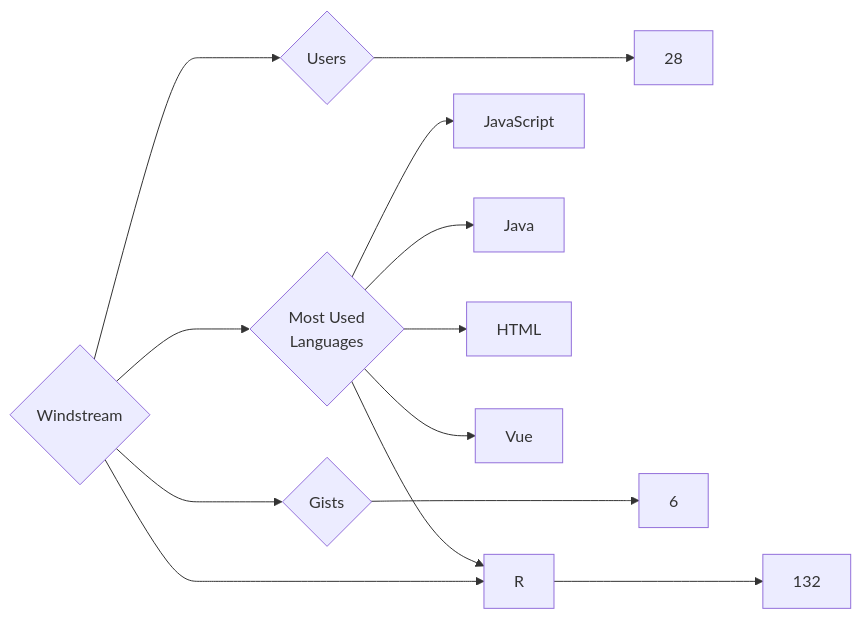
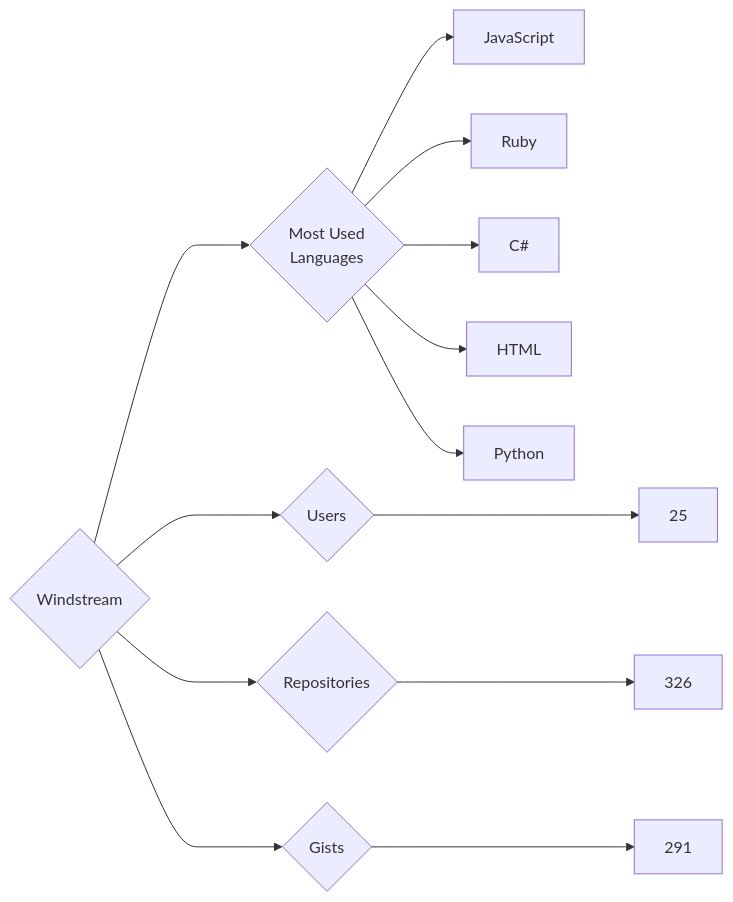
One commit to trickest/insiders changed the diagram in targets/Windstream/README.md. Above: the diagram before and after it, drawn with Mermaid. The commit also changed 903 other files, not shown here.

````diff
--- a/targets/Windstream/README.md
+++ b/targets/Windstream/README.md
@@ -3,13 +3,13 @@
 ```mermaid
 graph LR
 COMPANY_NAME{Windstream}
-COMPANY_NAME ---> U{Users} ---> UN[28]
-COMPANY_NAME ---> R{Repositories} ---> RN[132]
-COMPANY_NAME ---> G{Gists} ---> GN[6]
+COMPANY_NAME ---> U{Users} ---> UN[25]
+COMPANY_NAME ---> R{Repositories} ---> RN[326]
+COMPANY_NAME ---> G{Gists} ---> GN[291]
 COMPANY_NAME ---> ML{Most Used<br>Languages}
 ML --> JavaScript[JavaScript]
-ML --> Java[Java]
+ML --> Ruby[Ruby]
+ML --> C#[C#]
 ML --> HTML[HTML]
-ML --> Vue[Vue]
-ML --> R[R]
+ML --> Python[Python]
 ```
````
